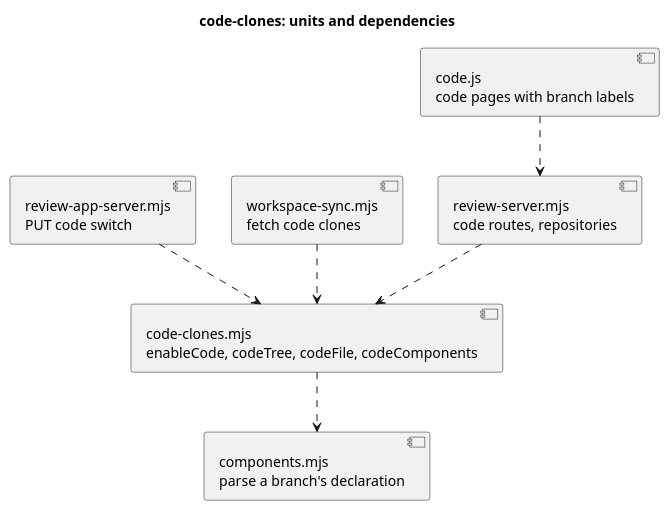
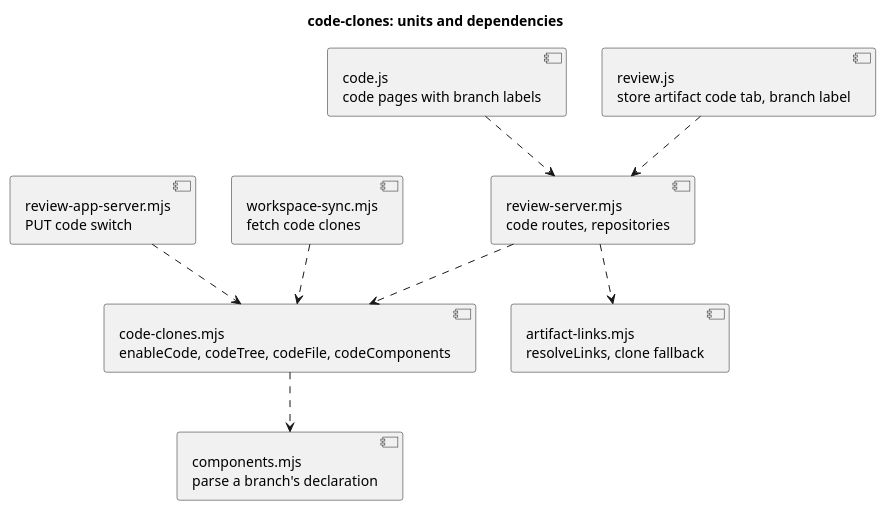
Before and after one commit to RumyantsevMichael/Prism: the diagram in docs/plans/workspace-view/code-clones/code.puml, drawn with PlantUML. The commit also changed 3 other files, not shown here.

First line of the commit message:
chore(plans): resolve store artifact code links from code clones in clause 50

```diff
--- a/docs/plans/workspace-view/code-clones/code.puml
+++ b/docs/plans/workspace-view/code-clones/code.puml
@@ -1,14 +1,18 @@
 @startuml
 title code-clones: units and dependencies
 component "code-clones.mjs\nenableCode, codeTree, codeFile, codeComponents" as clones
 component "review-app-server.mjs\nPUT code switch" as app
 component "workspace-sync.mjs\nfetch code clones" as sync
 component "review-server.mjs\ncode routes, repositories" as review
 component "code.js\ncode pages with branch labels" as page
 component "components.mjs\nparse a branch's declaration" as components
+component "artifact-links.mjs\nresolveLinks, clone fallback" as links
+component "review.js\nstore artifact code tab, branch label" as artifactPage
 app ..> clones
 sync ..> clones
 review ..> clones
 clones ..> components
 page ..> review
+review ..> links
+artifactPage ..> review
 @enduml
```
